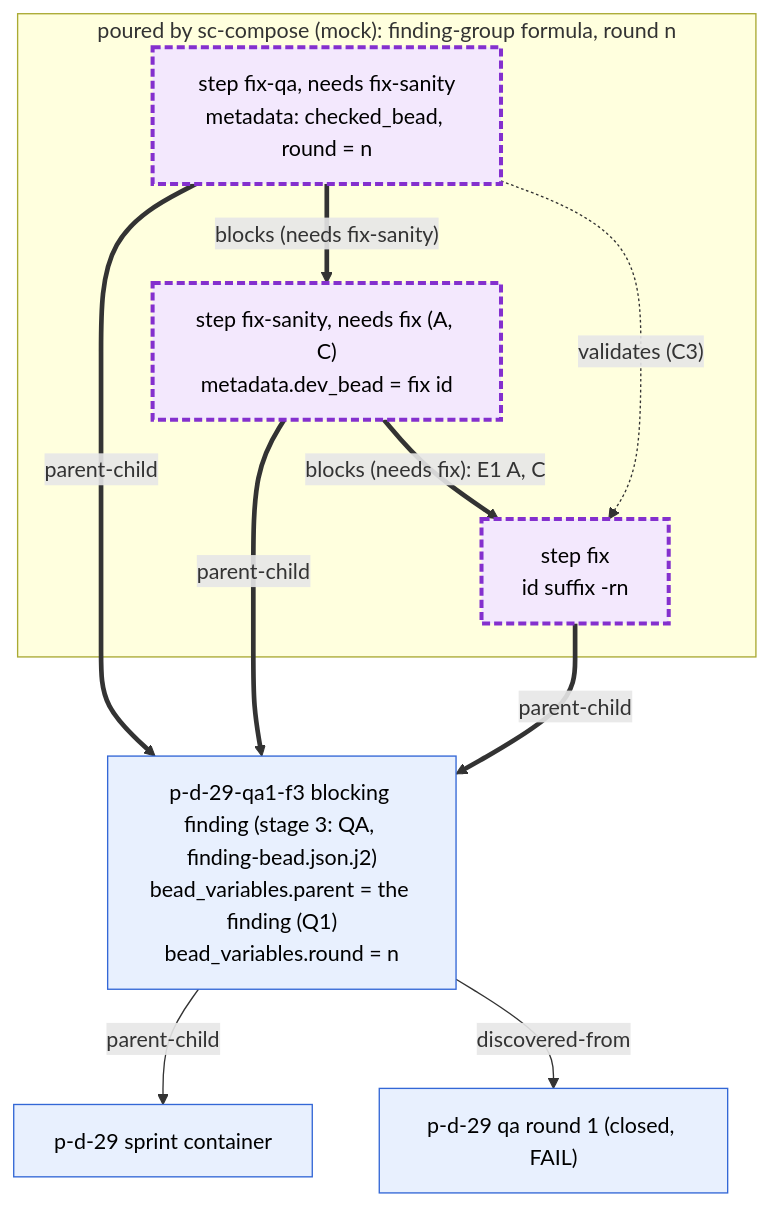
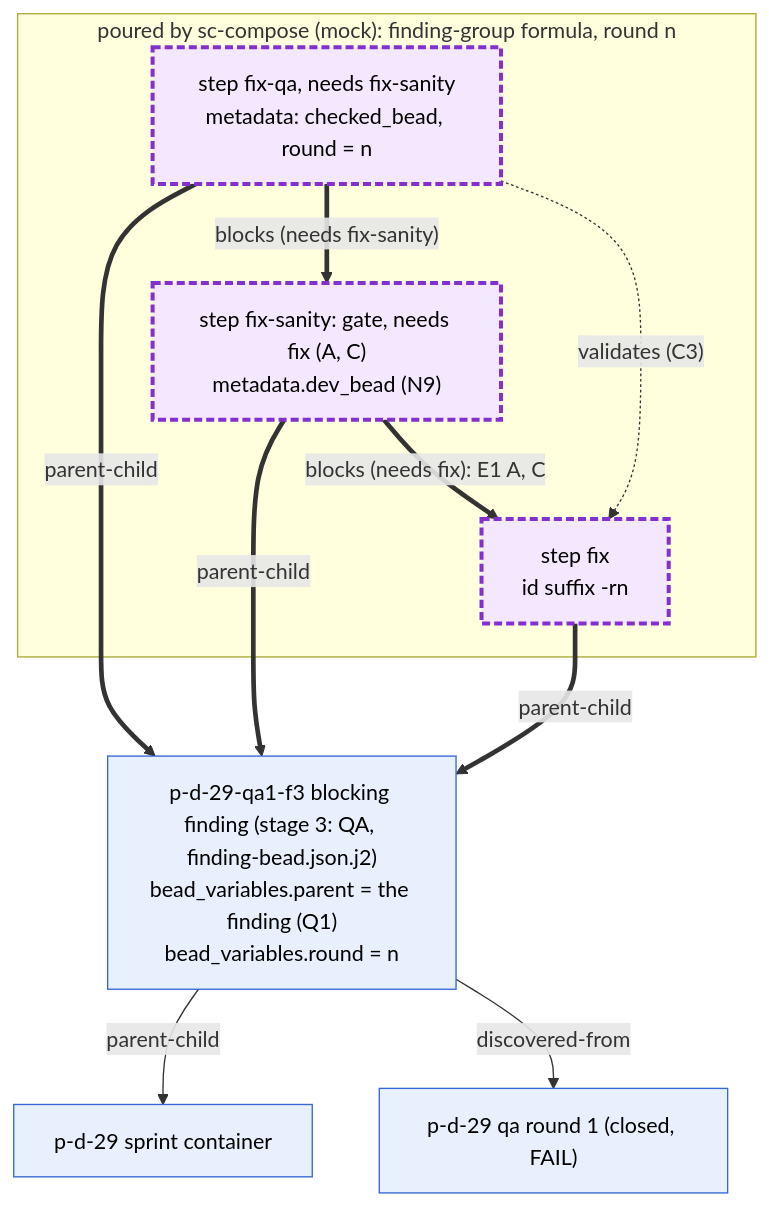
Before and after one commit to randlee/atm-bd-orchestration: the third of 4 diagrams in docs/diagrams/07-sc-compose-formula.md, drawn with Mermaid. The commit also changed other lines of this file and 5 other files, not shown here.

First line of the commit message:
docs: record Rand's Q1, N7-N10 rulings in the bead diagrams

````diff
--- a/docs/diagrams/07-sc-compose-formula.md
+++ b/docs/diagrams/07-sc-compose-formula.md
@@ -145,23 +165,23 @@
 ```mermaid
 flowchart TB
   classDef tmpl fill:#e8f0fe,stroke:#3367d6,color:#000
   classDef poured fill:#f3e8fd,stroke:#8430ce,stroke-width:3px,stroke-dasharray:6 3,color:#000
 
   SPR["p-d-29 sprint container"]:::tmpl
   QA1["p-d-29 qa round 1 (closed, FAIL)"]:::tmpl
   F["p-d-29-qa1-f3 blocking finding (stage 3: QA, finding-bead.json.j2)<br/>bead_variables.parent = the finding (Q1)<br/>bead_variables.round = n"]:::tmpl
   subgraph POUR["poured by sc-compose (mock): finding-group formula, round n"]
     FX["step fix<br/>id suffix -rn"]:::poured
-    FS["step fix-sanity, needs fix (A, C)<br/>metadata.dev_bead = fix id"]:::poured
+    FS["step fix-sanity: gate, needs fix (A, C)<br/>metadata.dev_bead (N9)"]:::poured
     FQ["step fix-qa, needs fix-sanity<br/>metadata: checked_bead, round = n"]:::poured
   end
 
   F -->|parent-child| SPR
   F -->|discovered-from| QA1
   FX ==>|parent-child| F
   FS ==>|parent-child| F
   FQ ==>|parent-child| F
   FS ==>|"blocks (needs fix): E1 A, C"| FX
   FQ ==>|"blocks (needs fix-sanity)"| FS
   FQ -.->|"validates (C3)"| FX
 ```
````
